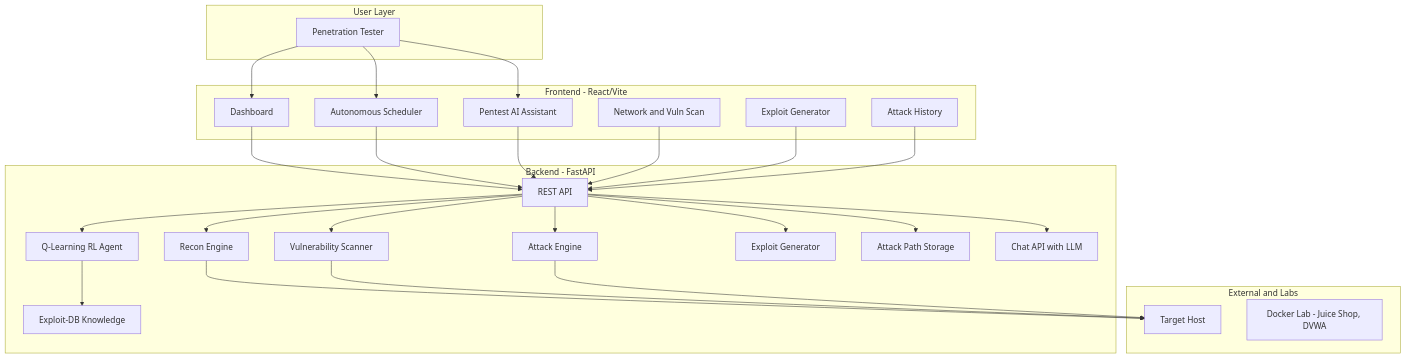
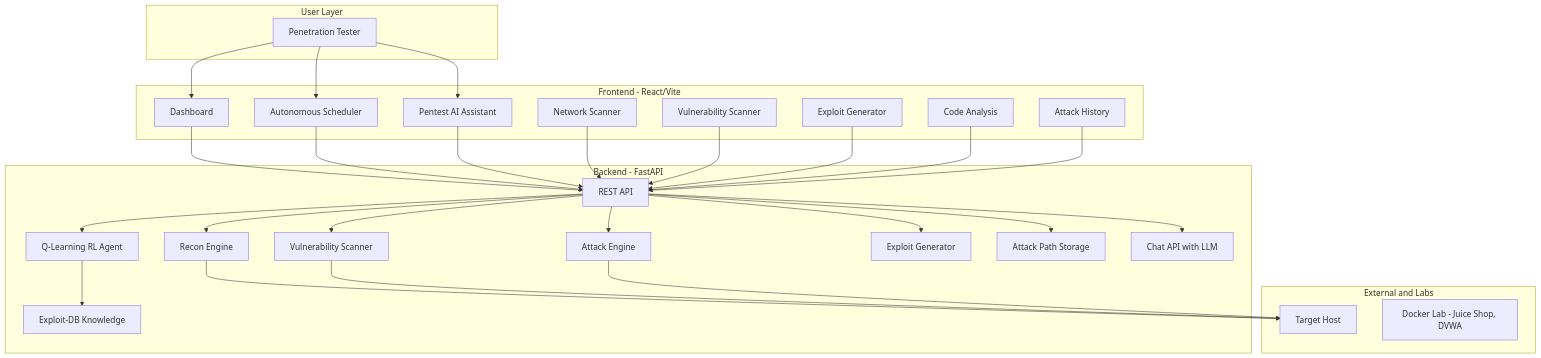
One commit to nik123-py/ok changed the first of 3 diagrams in .cursor/plans/art-ai_architecture_and_slide_deck_c803d1a8.plan.md. Above: the diagram before and after it, drawn with Mermaid. The commit also changed other lines of this file, not shown here.

````diff
--- a/.cursor/plans/art-ai_architecture_and_slide_deck_c803d1a8.plan.md
+++ b/.cursor/plans/art-ai_architecture_and_slide_deck_c803d1a8.plan.md
@@ -14,49 +37,53 @@
 ```mermaid
 flowchart TB
     subgraph user [User Layer]
         Pentester[Penetration Tester]
     end
     subgraph frontend [Frontend - React/Vite]
         Dashboard[Dashboard]
         Scheduler[Autonomous Scheduler]
         Chat[Pentest AI Assistant]
-        Scan[Network and Vuln Scan]
+        Scan[Network Scanner]
+        VulnScanUI[Vulnerability Scanner]
         ExploitUI[Exploit Generator]
+        CodeAnalysis[Code Analysis]
         History[Attack History]
     end
     subgraph backend [Backend - FastAPI]
         API[REST API]
         RL[Q-Learning RL Agent]
         ExploitDB[Exploit-DB Knowledge]
         AttackEngine[Attack Engine]
         Recon[Recon Engine]
         VulnScan[Vulnerability Scanner]
         ExploitGen[Exploit Generator]
         Storage[Attack Path Storage]
         ChatAPI[Chat API with LLM]
     end
     subgraph external [External and Labs]
         Target[Target Host]
         DockerLab[Docker Lab - Juice Shop, DVWA]
     end
     Pentester --> Dashboard
     Pentester --> Scheduler
     Pentester --> Chat
     Dashboard --> API
     Scheduler --> API
     Chat --> API
     Scan --> API
+    VulnScanUI --> API
     ExploitUI --> API
+    CodeAnalysis --> API
     History --> API
     API --> RL
     API --> AttackEngine
     API --> Recon
     API --> VulnScan
     API --> ExploitGen
     API --> Storage
     API --> ChatAPI
     RL --> ExploitDB
     Recon --> Target
     VulnScan --> Target
     AttackEngine --> Target
 ```
````
